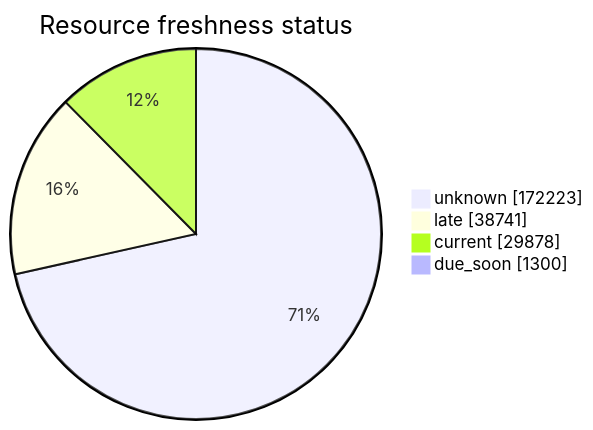
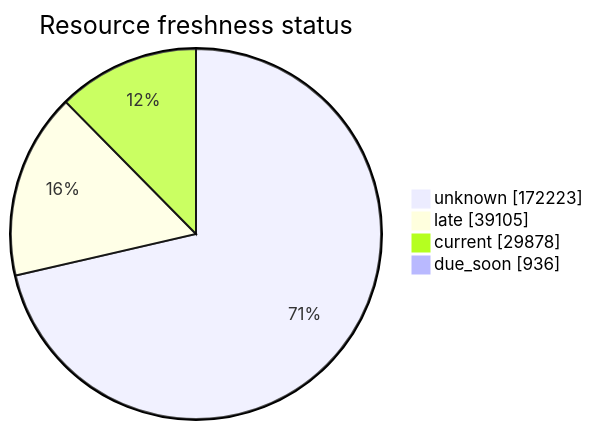
The third of 5 diagrams in FreshCheck/README.md (open-data/analytics-corporate-reporting), drawn with Mermaid before and after one commit. The commit also changed other lines of this file and 3 other files, not shown here.

````diff
--- a/FreshCheck/README.md
+++ b/FreshCheck/README.md
@@ -77,7 +77,7 @@
 ```mermaid
 pie showData title Resource freshness status
     "unknown": 172223
-    "late": 38741
+    "late": 39105
     "current": 29878
-    "due_soon": 1300
+    "due_soon": 936
 ```
````
